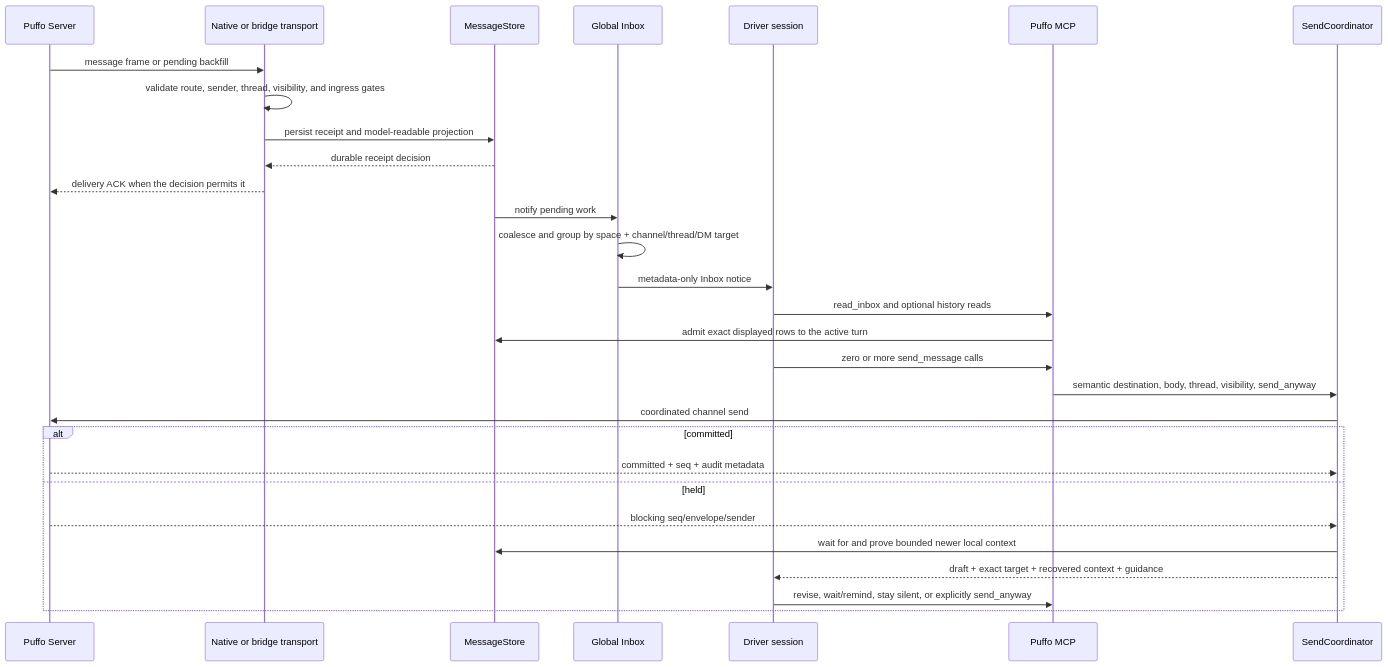
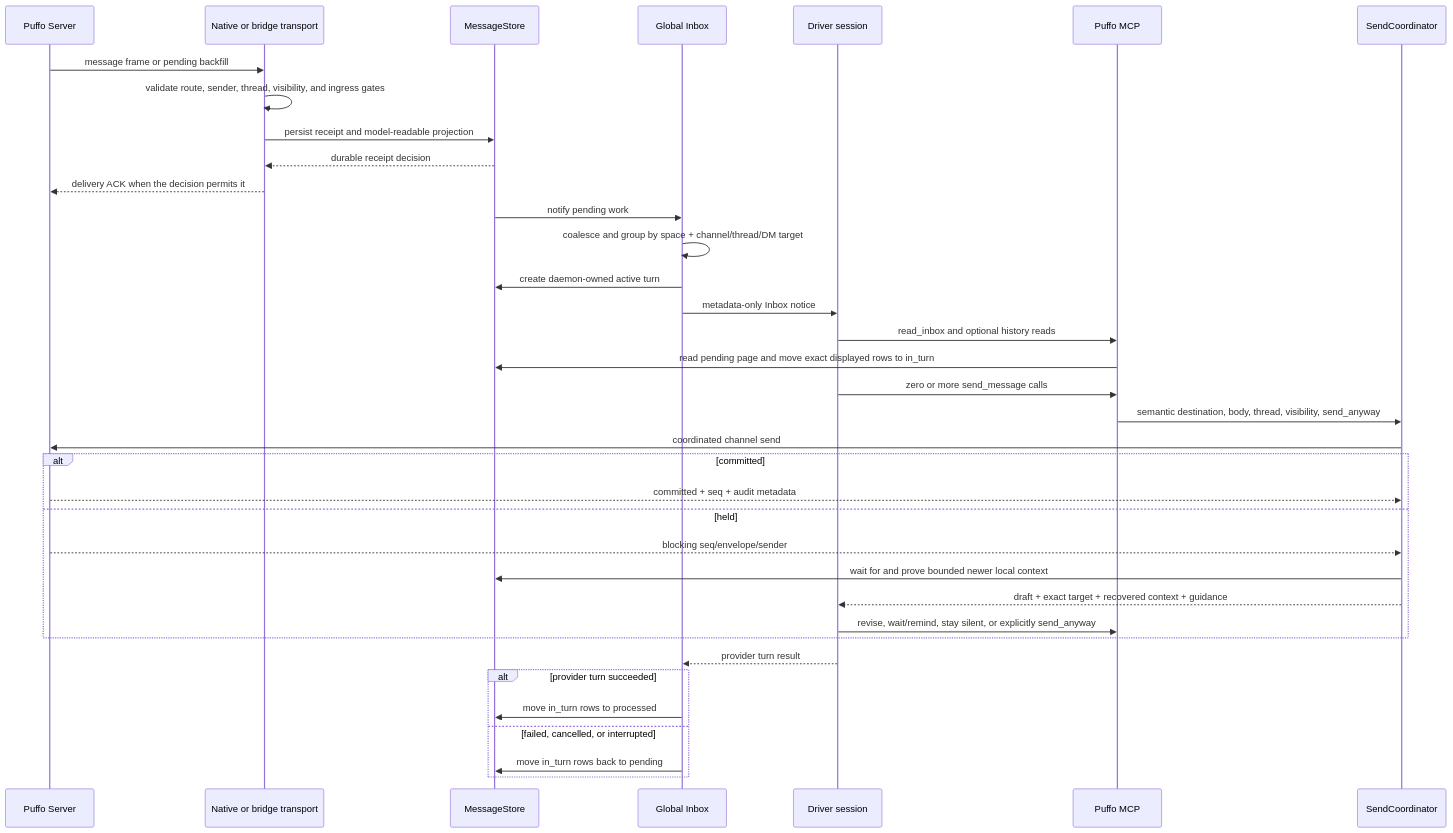
One commit to TZZheng/puffo-agent changed the second of 2 diagrams in docs/ARCHITECTURE.md. Above: the diagram before and after it, drawn with Mermaid. The commit also changed other lines of this file and 33 other files, not shown here.

Commit message:
refactor(agent): make inbox turns daemon-owned

````diff
--- a/docs/ARCHITECTURE.md
+++ b/docs/ARCHITECTURE.md
@@ -88,32 +88,39 @@
 ```mermaid
 sequenceDiagram
     participant S as Puffo Server
     participant T as Native or bridge transport
     participant DB as MessageStore
     participant I as Global Inbox
     participant L as Driver session
     participant M as Puffo MCP
     participant C as SendCoordinator
 
     S->>T: message frame or pending backfill
     T->>T: validate route, sender, thread, visibility, and ingress gates
     T->>DB: persist receipt and model-readable projection
     DB-->>T: durable receipt decision
     T-->>S: delivery ACK when the decision permits it
     DB->>I: notify pending work
     I->>I: coalesce and group by space + channel/thread/DM target
+    I->>DB: create daemon-owned active turn
     I->>L: metadata-only Inbox notice
     L->>M: read_inbox and optional history reads
-    M->>DB: admit exact displayed rows to the active turn
+    M->>DB: read pending page and move exact displayed rows to in_turn
     L->>M: zero or more send_message calls
     M->>C: semantic destination, body, thread, visibility, send_anyway
     C->>S: coordinated channel send
     alt committed
         S-->>C: committed + seq + audit metadata
     else held
         S-->>C: blocking seq/envelope/sender
         C->>DB: wait for and prove bounded newer local context
         C-->>L: draft + exact target + recovered context + guidance
         L->>M: revise, wait/remind, stay silent, or explicitly send_anyway
     end
+    L-->>I: provider turn result
+    alt provider turn succeeded
+        I->>DB: move in_turn rows to processed
+    else failed, cancelled, or interrupted
+        I->>DB: move in_turn rows back to pending
+    end
 ```
````
